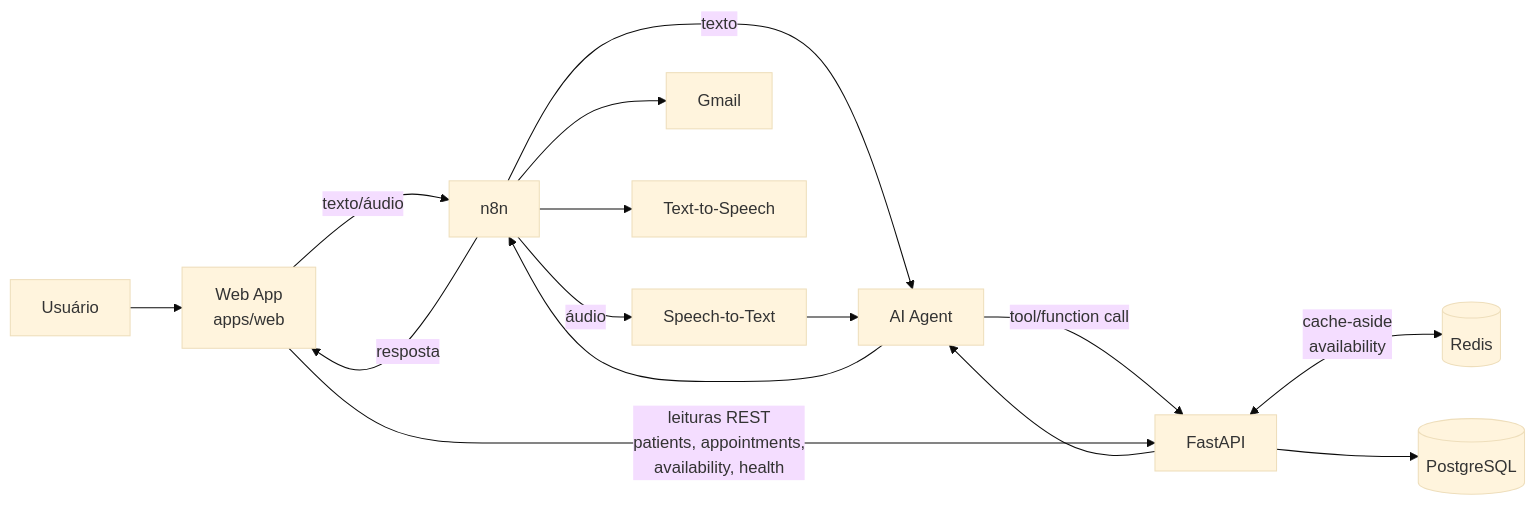
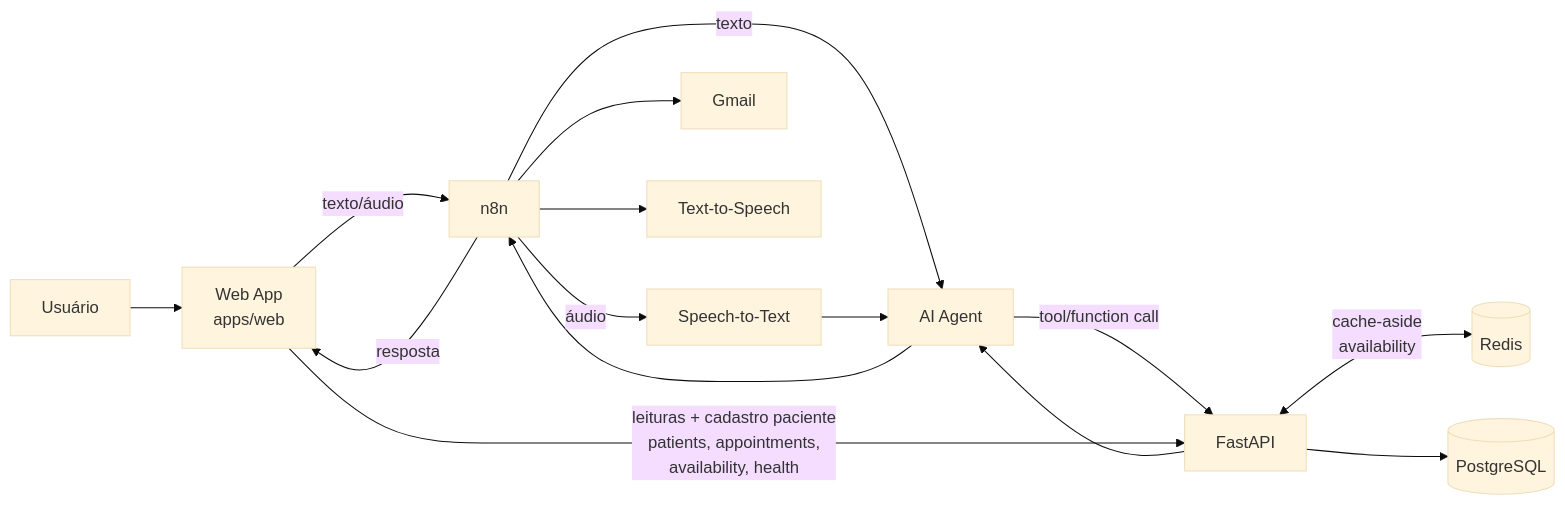
One commit to iansaft/essentia_ai_medical_scheduling_assistant changed the first of 3 diagrams in docs/architecture.md. Above: the diagram before and after it, drawn with Mermaid (base theme). The commit also changed other lines of this file and 12 other files, not shown here.

First line of the commit message:
docs: align docs with patient creation and add n8n workflow architecture

````diff
--- a/docs/architecture.md
+++ b/docs/architecture.md
@@ -7,20 +7,20 @@
 ```mermaid
 flowchart LR
     U[Usuário] --> W[Web App<br/>apps/web]
     W -->|texto/áudio| N[n8n]
     N -->|texto| A[AI Agent]
     N -->|áudio| STT[Speech-to-Text]
     STT --> A
 
     A -->|tool/function call| API[FastAPI]
-    W -->|leituras REST<br/>patients, appointments,<br/>availability, health| API
+    W -->|leituras + cadastro paciente<br/>patients, appointments,<br/>availability, health| API
     API <-->|cache-aside<br/>availability| RD[(Redis)]
     API --> DB[(PostgreSQL)]
 
     API --> A
     A --> N
 
     N --> G[Gmail]
     N --> TTS[Text-to-Speech]
     N -->|resposta| W
 ```
````
